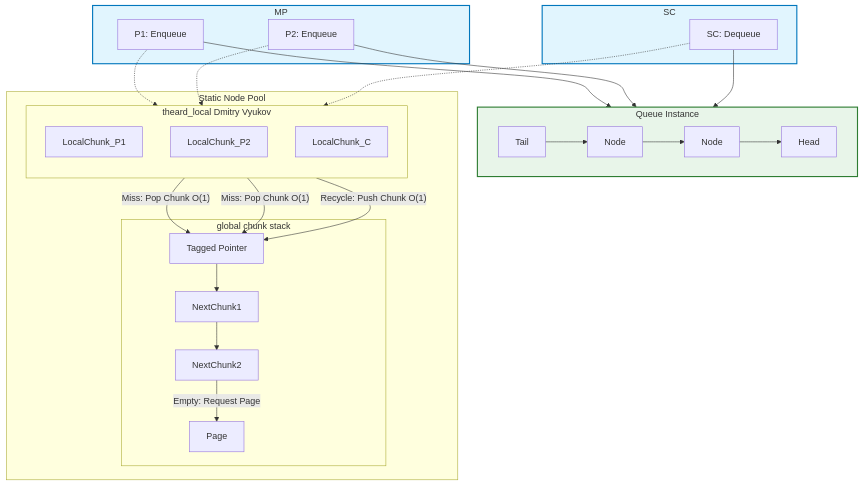
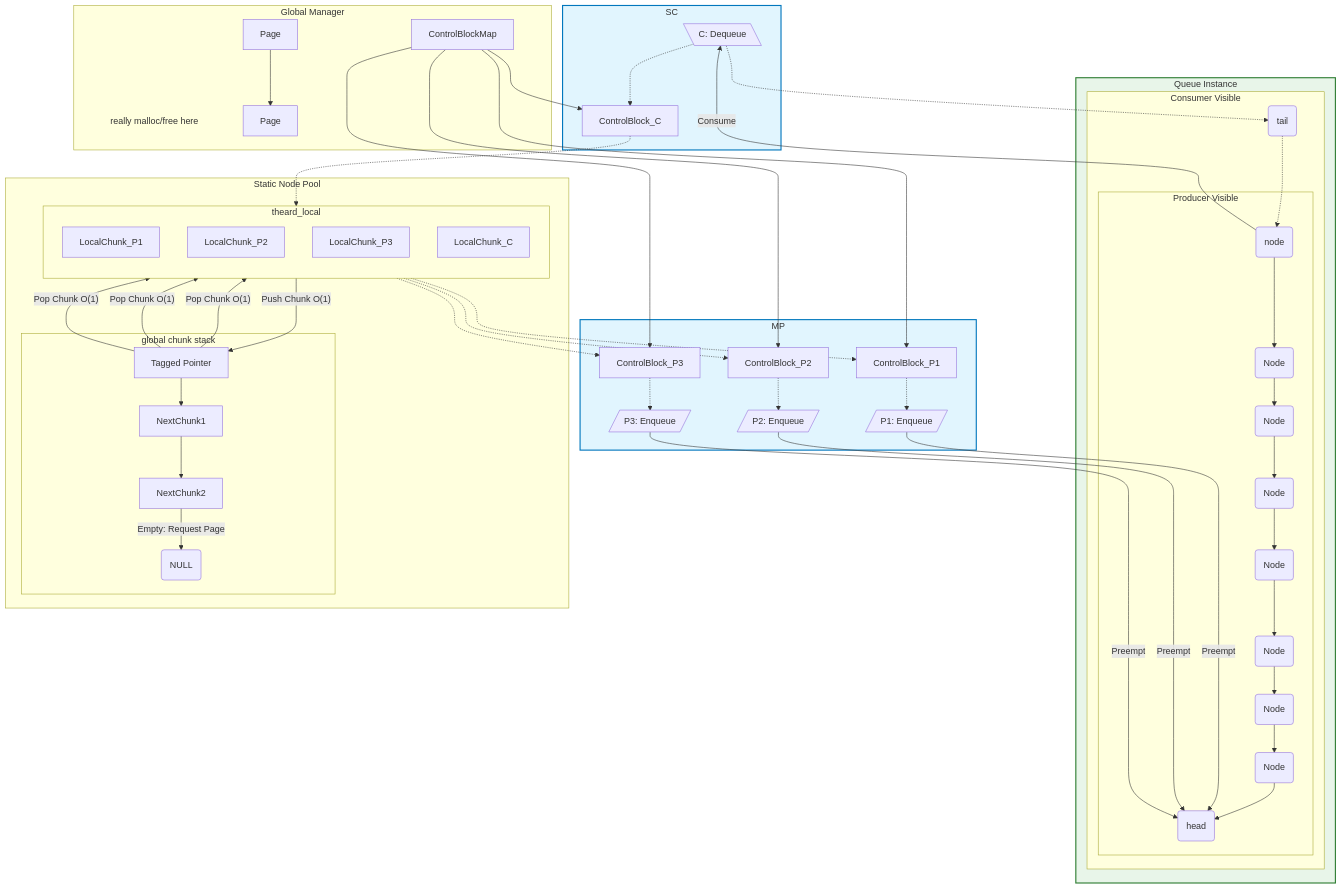
One commit to dakingffo/MPSC_queue changed the diagram in README.md. Above: the diagram before and after it, drawn with Mermaid. The commit also changed other lines of this file and 1 other file, not shown here.

Commit message:
Udpate README.md

````diff
--- a/README.md
+++ b/README.md
@@ -31,55 +31,85 @@
     classDef QUEUE fill:#e8f5e9,stroke:#2e7d32,stroke-width:2px;
 
     subgraph PRODUCERS [MP]
-        P1[P1: Enqueue]
-        P2[P2: Enqueue]
+        P1[/P1: Enqueue/]
+        ControlBlock_P1 -.-> P1
+        P2[/P2: Enqueue/]
+        ControlBlock_P2 -.-> P2
+        P3[/P3: Enqueue/]
+        ControlBlock_P3 -.-> P3
     end
     class PRODUCERS THREAD
 
     subgraph CONSUMER [SC]
-        C[SC: Dequeue]
+        C[\C: Dequeue\]
+        C -.-> ControlBlock_C
     end
     class CONSUMER THREAD
 
     subgraph MPSC_QUEUE [Queue Instance]
-        direction LR
-        Head
-        Tail
-        Tail --> NodeA[Node]
-        NodeA --> NodeB[Node]
-        NodeB --> Head
+        subgraph CONSUMER_VISIBLE [Consumer Visible]
+            Tail(tail) -.-> NodeA(node)
+            subgraph PRODUCER_VISIBLE [Producer Visible]
+                NodeA --> NodeB(Node)
+                NodeB --> NodeC(Node)
+                NodeC --> NodeD(Node)
+                NodeD --> NodeE(Node)
+                NodeE --> NodeF(Node)
+                NodeF --> NodeG(Node)
+                NodeG --> NodeH(Node)
+                NodeH --> Head(head)
+            end
+        end 
     end
     class MPSC_QUEUE QUEUE
 
+    subgraph GLOBAL_MANAGER [Global Manager]
+        Note1[really malloc/free here]:::note
+        ControlBlockMap 
+        Page1[Page] --> Page2[Page]
+    end
+    classDef note fill:none, stroke:none;
+    class GLOBAL_MANAGER manager
+
     subgraph THREAD_LOCAL_NODE_POOL [Static Node Pool]
-        subgraph THREAD_LOCAL_CACHE [theard_local Dmitry Vyukov]
+        subgraph THREAD_LOCAL_CACHE [theard_local]
             direction TB
             LocalChunk_P1
             LocalChunk_P2
+            LocalChunk_P3
             LocalChunk_C
         end
 
         subgraph GLOBAL_NODE_POOL [global chunk stack]
             GlobalStackTop[Tagged Pointer]
-            GlobalMutex[Page]
+            GlobalStackBottom(NULL)
             NextChunk1
             NextChunk2
         end
     end
     class NODE_ALLOCATOR GLOBAL
 
-    P1 --> Head
-    P2 --> Head
-    C --> Tail
+    P1 -- "Preempt" --> Head
+    P2 -- "Preempt" --> Head
+    P3 -- "Preempt" --> Head
+    NodeA -- "Consume" --> C
+    C -.-> Tail
 
-    P1 -.-> LocalChunk_P1
-    LocalChunk_P1 -- "Miss: Pop Chunk O(1)" -->GlobalStackTop
-    P2 -.-> LocalChunk_P2
-    LocalChunk_P2 -- "Miss: Pop Chunk O(1)" --> GlobalStackTop
-    C -.-> LocalChunk_C
-    LocalChunk_C -- "Recycle: Push Chunk O(1)" --> GlobalStackTop
+    ControlBlockMap --> ControlBlock_C
+    ControlBlockMap --> ControlBlock_P1
+    ControlBlockMap --> ControlBlock_P2
+    ControlBlockMap --> ControlBlock_P3
+
+    LocalChunk_P1 -.-> ControlBlock_P1
+    GlobalStackTop -- "Pop Chunk O(1)" --> LocalChunk_P1
+    LocalChunk_P2 -.-> ControlBlock_P2
+    GlobalStackTop -- "Pop Chunk O(1)" --> LocalChunk_P2
+    LocalChunk_P3 -.-> ControlBlock_P3
+    GlobalStackTop -- "Pop Chunk O(1)" --> LocalChunk_P3
+    ControlBlock_C -.-> LocalChunk_C
+    LocalChunk_C -- "Push Chunk O(1)" --> GlobalStackTop
     
     GlobalStackTop --> NextChunk1
     NextChunk1 --> NextChunk2
-    NextChunk2 -- "Empty: Request Page" --> GlobalMutex
+    NextChunk2 -- "Empty: Request Page" --> GlobalStackBottom
 ```
````
